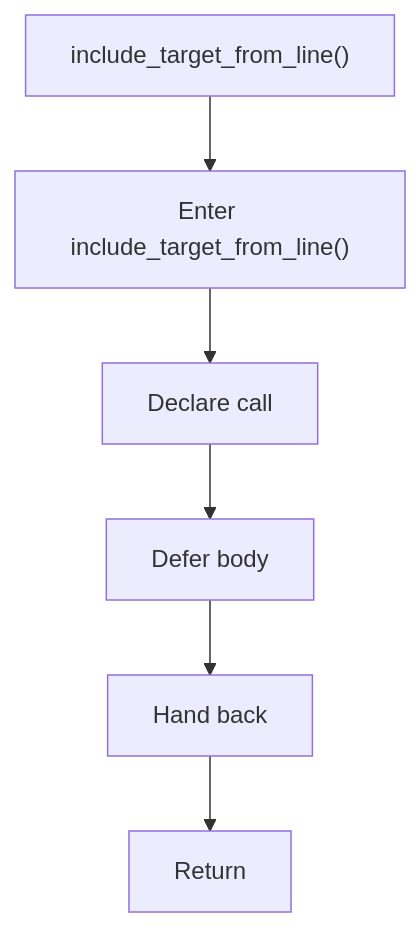
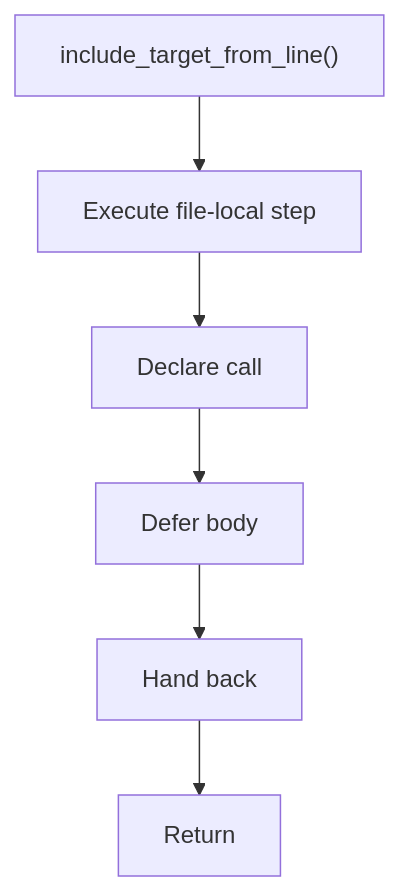
Before and after one commit to JohnAndrewBalbarosa/NeoTerritory: the diagram in docs/Codebase/Microservice/Modules/Header/SyntacticBrokenAST/Trees/Actual/Internal/Flow/functions/include_target_from_line.hpp.md, drawn with Mermaid. The commit also changed other lines of this file and 925 other files, not shown here.

````diff
--- a/docs/Codebase/Microservice/Modules/Header/SyntacticBrokenAST/Trees/Actual/Internal/Flow/functions/include_target_from_line.hpp.md
+++ b/docs/Codebase/Microservice/Modules/Header/SyntacticBrokenAST/Trees/Actual/Internal/Flow/functions/include_target_from_line.hpp.md
@@ -16,14 +16,14 @@
 ```mermaid
 flowchart TD
     Start["include_target_from_line()"]
-    N0["Enter include_target_from_line()"]
+    N0["Execute file-local step"]
     N1["Declare call"]
     N2["Defer body"]
     N3["Hand back"]
     End["Return"]
     Start --> N0
     N0 --> N1
     N1 --> N2
     N2 --> N3
     N3 --> End
 ```
````
